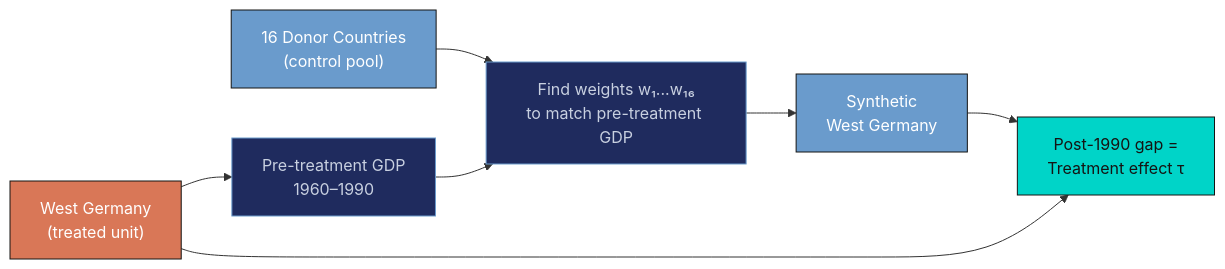
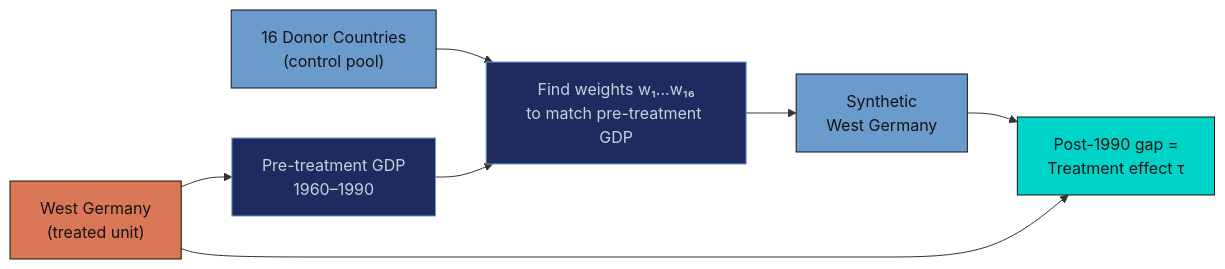
One commit to cmg777/starter-academic-v501 changed the diagram in content/post/python_scpi/index.md. Above: the diagram before and after it, drawn with Mermaid. The commit also changed 67 other files, not shown here.

First line of the commit message:
fix(mermaid): readable diagram text in both themes across the site

````diff
--- a/content/post/python_scpi/index.md
+++ b/content/post/python_scpi/index.md
@@ -249,16 +249,16 @@
 ```mermaid
 flowchart LR
     A["West Germany<br/>(treated unit)"] --> B["Pre-treatment GDP<br/>1960–1990"]
     C["16 Donor Countries<br/>(control pool)"] --> D["Find weights w₁...w₁₆<br/>to match pre-treatment GDP"]
     B --> D
     D --> E["Synthetic<br/>West Germany"]
     E --> F["Post-1990 gap =<br/>Treatment effect τ"]
     A --> F
 
-    style A fill:#d97757,stroke:#141413,color:#fff
-    style C fill:#6a9bcc,stroke:#141413,color:#fff
-    style E fill:#6a9bcc,stroke:#141413,color:#fff
+    style A fill:#d97757,stroke:#141413,color:#141413
+    style C fill:#6a9bcc,stroke:#141413,color:#141413
+    style E fill:#6a9bcc,stroke:#141413,color:#141413
     style F fill:#00d4c8,stroke:#141413,color:#141413
     style B fill:#1f2b5e,stroke:#6a9bcc,color:#c8d0e0
     style D fill:#1f2b5e,stroke:#6a9bcc,color:#c8d0e0
 ```
````
